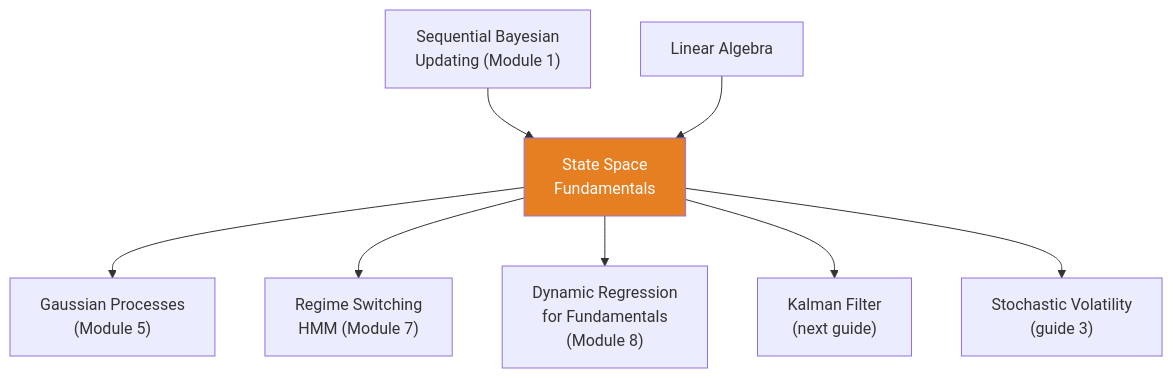
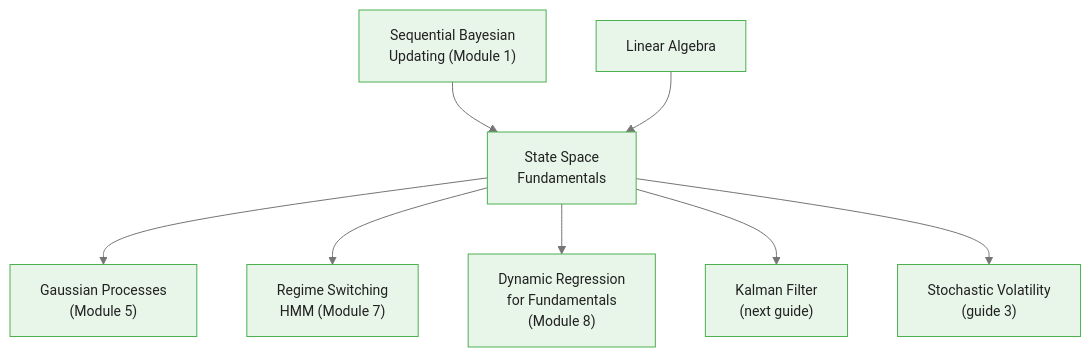
One commit to m-deane/course-creator changed the third of 3 diagrams in courses/bayesian-commodity-forecasting/modules/module_03_state_space/guides/01_state_space_fundamentals_slides.md. Above: the diagram before and after it, drawn with Mermaid. The commit also changed other lines of this file and 104 other files, not shown here.

````diff
--- a/courses/bayesian-commodity-forecasting/modules/module_03_state_space/guides/01_state_space_fundamentals_slides.md
+++ b/courses/bayesian-commodity-forecasting/modules/module_03_state_space/guides/01_state_space_fundamentals_slides.md
@@ -303,11 +310,11 @@
 ```mermaid
+%%{init: {"theme": "base", "themeVariables": {"primaryColor": "#e8f5e9", "primaryBorderColor": "#4caf50", "primaryTextColor": "#212121", "secondaryColor": "#e3f2fd", "tertiaryColor": "#fff8e1", "lineColor": "#757575", "fontFamily": "Inter, sans-serif", "fontSize": "14px"}}}%%
 flowchart TD
     BU["Sequential Bayesian\nUpdating (Module 1)"] --> SSM["State Space\nFundamentals"]
     LA["Linear Algebra"] --> SSM
     SSM --> GP["Gaussian Processes\n(Module 5)"]
     SSM --> RS["Regime Switching\nHMM (Module 7)"]
     SSM --> DR["Dynamic Regression\nfor Fundamentals\n(Module 8)"]
     SSM --> KF["Kalman Filter\n(next guide)"]
     SSM --> SV["Stochastic Volatility\n(guide 3)"]
-    style SSM fill:#e67e22,color:#fff
 ```
````
